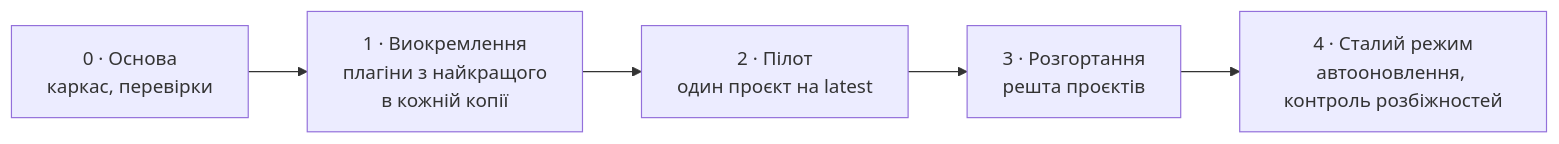
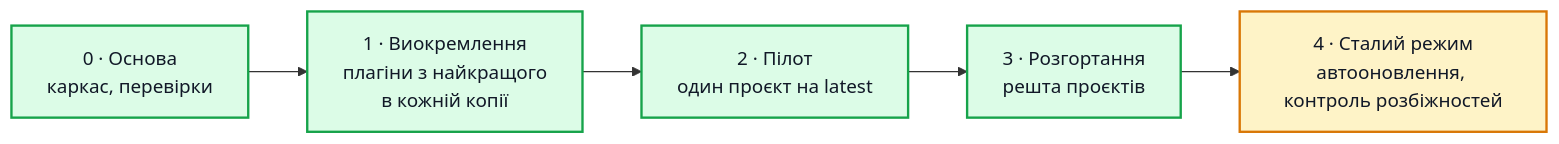
One commit to 3meyc/agent-kit changed the diagram in docs/evolution.uk.md. Above: the diagram before and after it, drawn with Mermaid. The commit also changed other lines of this file and 9 other files, not shown here.

````diff
--- a/docs/evolution.uk.md
+++ b/docs/evolution.uk.md
@@ -14,7 +14,12 @@
 ```mermaid
 flowchart LR
   W0["0 · Основа<br/>каркас, перевірки"] --> W1["1 · Виокремлення<br/>плагіни з найкращого<br/>в кожній копії"]
   W1 --> W2["2 · Пілот<br/>один проєкт на latest"]
   W2 --> W3["3 · Розгортання<br/>решта проєктів"]
   W3 --> W4["4 · Сталий режим<br/>автооновлення, контроль розбіжностей"]
+
+  classDef done fill:#dcfce7,stroke:#16a34a,stroke-width:2px,color:#111827
+  classDef open fill:#fef3c7,stroke:#d97706,stroke-width:2px,color:#111827
+  class W0,W1,W2,W3 done
+  class W4 open
 ```
````
